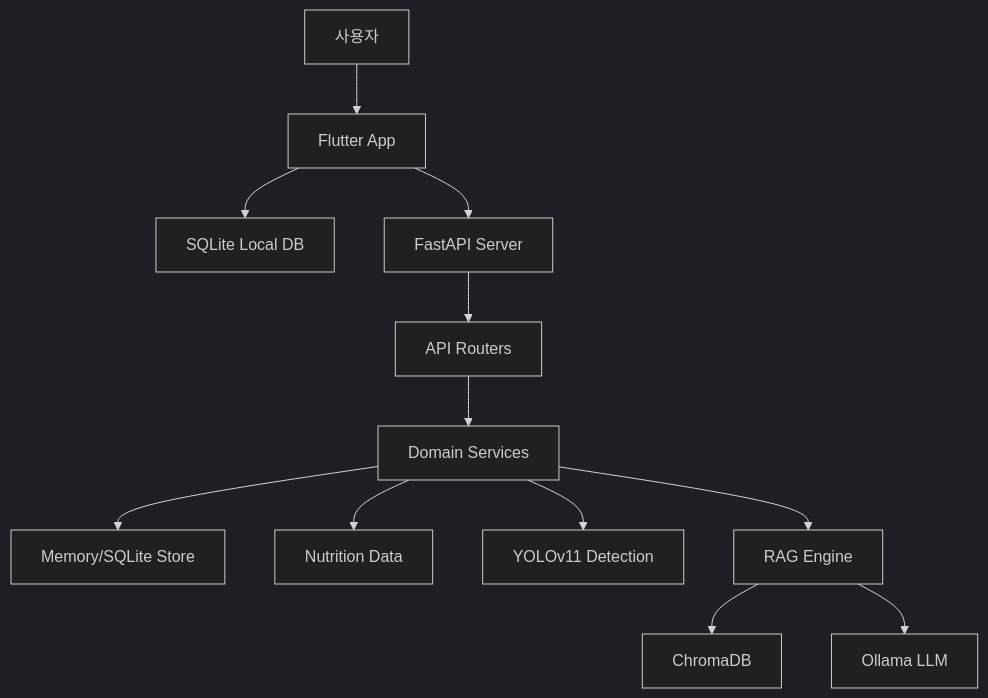
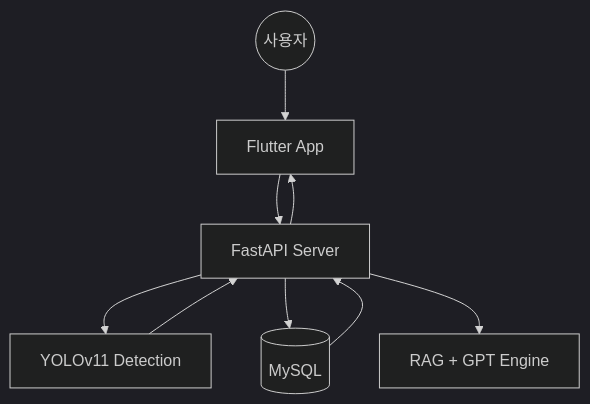
The diagram in README.md (nisdh2916/NutrAI), drawn with Mermaid (dark theme) before and after one commit. The commit also changed other lines of this file, not shown here.

````diff
--- a/README.md
+++ b/README.md
@@ -94,14 +108,11 @@
 ```mermaid
 graph TD
-    User["사용자"] --> App["Flutter App"]
-    App --> LocalDB["SQLite Local DB"]
-    App --> Server["FastAPI Server"]
-    Server --> API["API Routers"]
-    API --> Services["Domain Services"]
-    Services --> Store["Memory/SQLite Store"]
-    Services --> Nutrition["Nutrition Data"]
-    Services --> Detect["YOLOv11 Detection"]
-    Services --> RAG["RAG Engine"]
-    RAG --> Chroma["ChromaDB"]
-    RAG --> Ollama["Ollama LLM"]
+    User((사용자)) --> App[Flutter App]
+    App --> Server[FastAPI Server]
+    Server --> YOLO[YOLOv11 Detection]
+    Server --> DB[(MySQL)]
+    Server --> RAG[RAG + GPT Engine]
+    YOLO --> Server
+    DB --> Server
+    Server --> App
 ```
````
